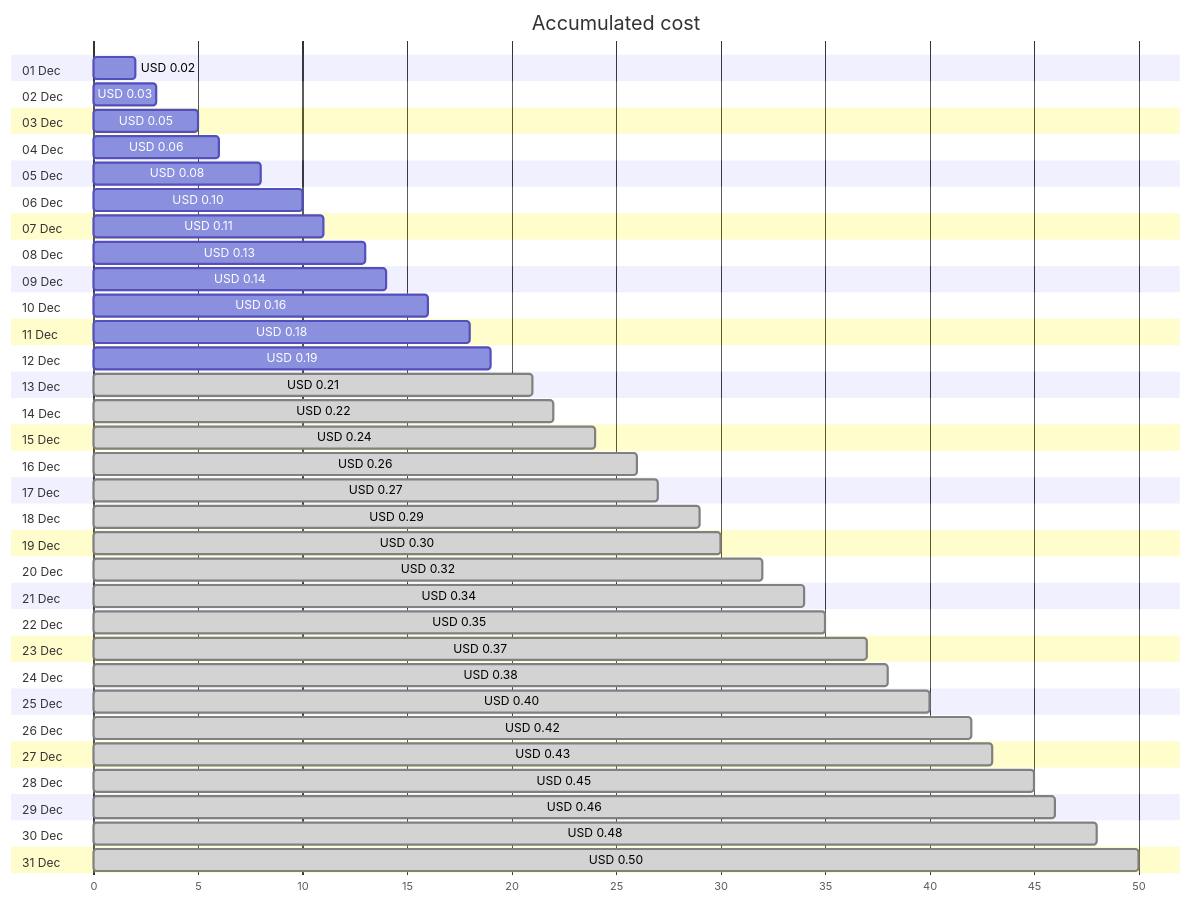
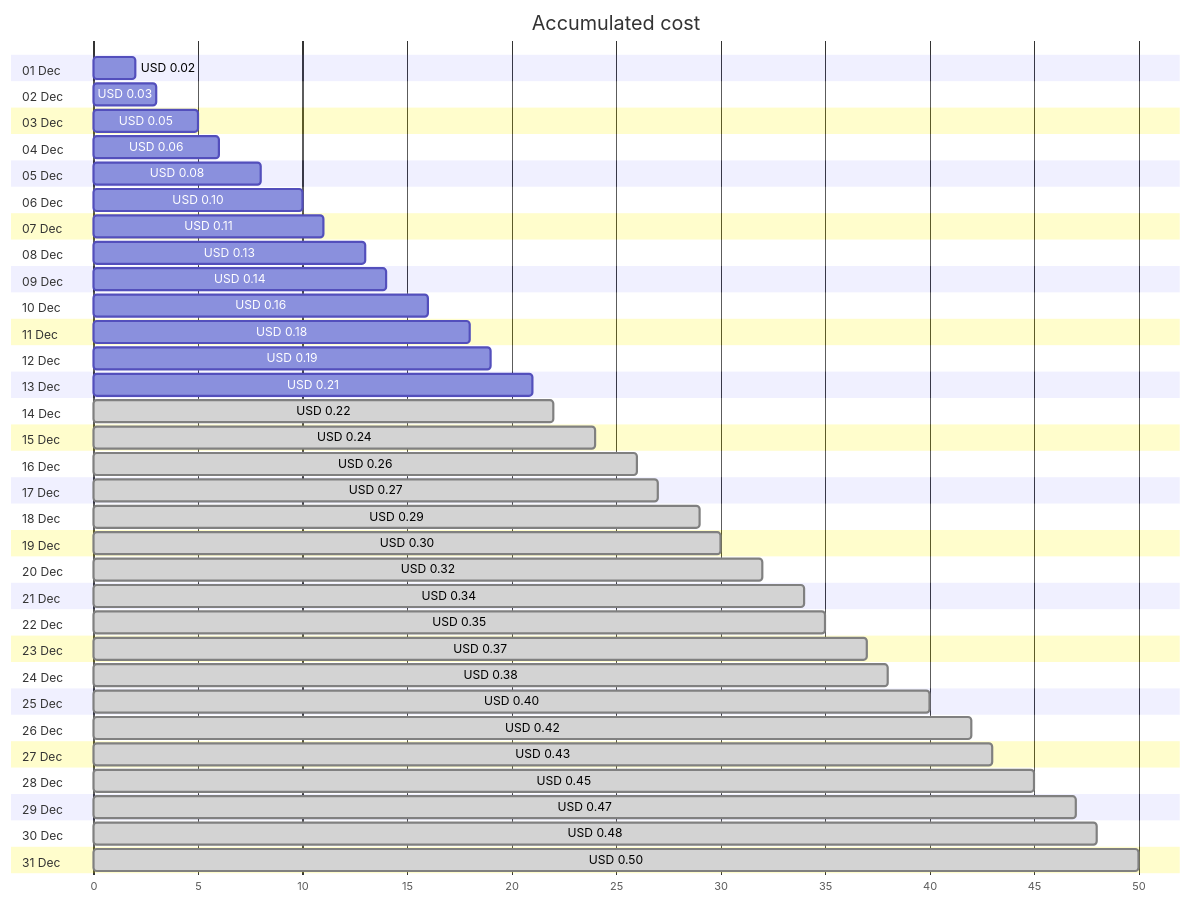
The first of 4 diagrams in cost-reports/personal-network/private.jpatrickfulton.com.md (jpfulton/azure-personal-reports), drawn with Mermaid before and after one commit. The commit also changed other lines of this file and 8 other files, not shown here.

````diff
--- a/cost-reports/personal-network/private.jpatrickfulton.com.md
+++ b/cost-reports/personal-network/private.jpatrickfulton.com.md
@@ -20,68 +20,68 @@
 ```mermaid
 gantt
    title Accumulated cost
    dateFormat  X
    axisFormat %s
    section 01 Dec
    USD 0.02 :0, 2
    section 02 Dec
    USD 0.03 :0, 3
    section 03 Dec
    USD 0.05 :0, 5
    section 04 Dec
    USD 0.06 :0, 6
    section 05 Dec
    USD 0.08 :0, 8
    section 06 Dec
    USD 0.10 :0, 10
    section 07 Dec
    USD 0.11 :0, 11
    section 08 Dec
    USD 0.13 :0, 13
    section 09 Dec
    USD 0.14 :0, 14
    section 10 Dec
    USD 0.16 :0, 16
    section 11 Dec
    USD 0.18 :0, 18
    section 12 Dec
    USD 0.19 :0, 19
    section 13 Dec
-   USD 0.21 : done, 0, 21
+   USD 0.21 :0, 21
    section 14 Dec
    USD 0.22 : done, 0, 22
    section 15 Dec
    USD 0.24 : done, 0, 24
    section 16 Dec
    USD 0.26 : done, 0, 26
    section 17 Dec
    USD 0.27 : done, 0, 27
    section 18 Dec
    USD 0.29 : done, 0, 29
    section 19 Dec
    USD 0.30 : done, 0, 30
    section 20 Dec
    USD 0.32 : done, 0, 32
    section 21 Dec
    USD 0.34 : done, 0, 34
    section 22 Dec
    USD 0.35 : done, 0, 35
    section 23 Dec
    USD 0.37 : done, 0, 37
    section 24 Dec
    USD 0.38 : done, 0, 38
    section 25 Dec
    USD 0.40 : done, 0, 40
    section 26 Dec
    USD 0.42 : done, 0, 42
    section 27 Dec
    USD 0.43 : done, 0, 43
    section 28 Dec
    USD 0.45 : done, 0, 45
    section 29 Dec
-   USD 0.46 : done, 0, 46
+   USD 0.47 : done, 0, 47
    section 30 Dec
    USD 0.48 : done, 0, 48
    section 31 Dec
    USD 0.50 : done, 0, 50
 ```
````
